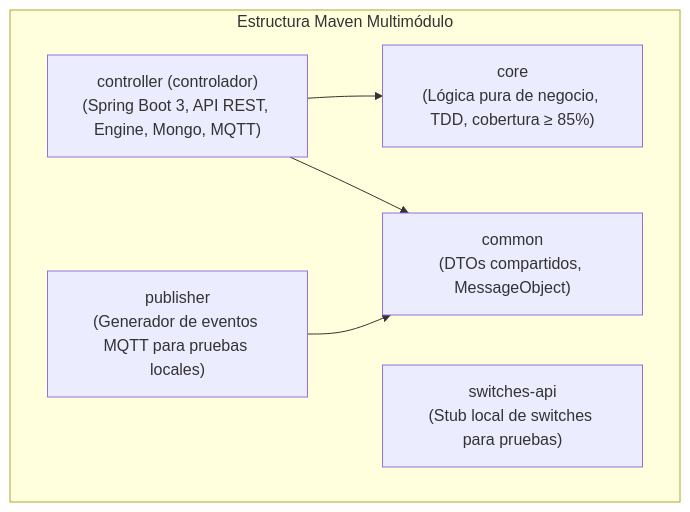
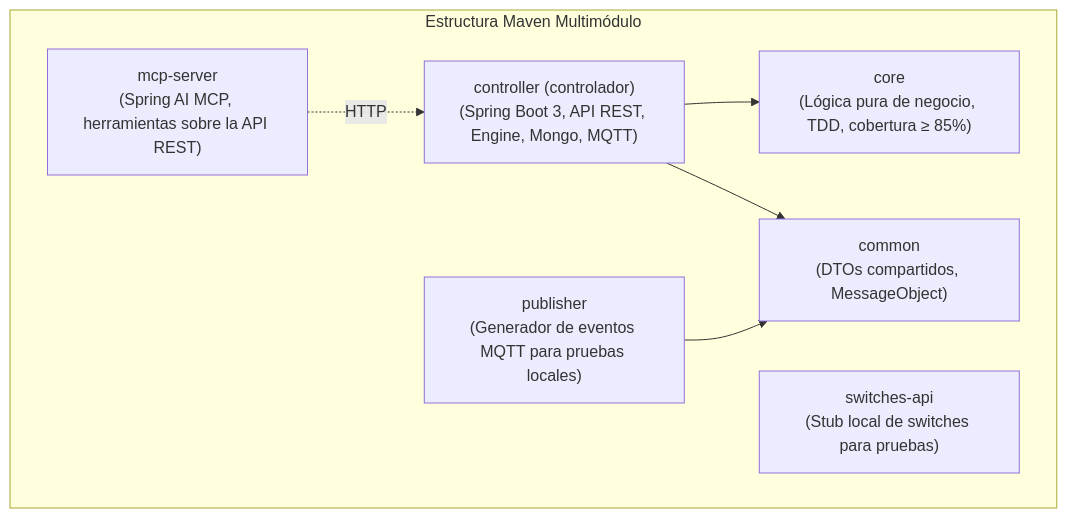
One commit to walterlarrea/IISS-2026-grupo-2 changed the fourth of 6 diagrams in docs/arquitectura/4mas1.md. Above: the diagram before and after it, drawn with Mermaid. The commit also changed other lines of this file and 8 other files, not shown here.

````diff
--- a/docs/arquitectura/4mas1.md
+++ b/docs/arquitectura/4mas1.md
@@ -204,14 +215,16 @@
 ```mermaid
 graph TD
     subgraph Repo ["Estructura Maven Multimódulo"]
         Common["common<br/>(DTOs compartidos, MessageObject)"]
         Core["core<br/>(Lógica pura de negocio, TDD, cobertura ≥ 85%)"]
         Controlador["controller (controlador)<br/>(Spring Boot 3, API REST, Engine, Mongo, MQTT)"]
         SwitchesApi["switches-api<br/>(Stub local de switches para pruebas)"]
         Publisher["publisher<br/>(Generador de eventos MQTT para pruebas locales)"]
+        Mcp["mcp-server<br/>(Spring AI MCP, herramientas sobre la API REST)"]
     end
 
     Controlador --> Core
     Controlador --> Common
     Publisher --> Common
+    Mcp -. HTTP .-> Controlador
 ```
````
